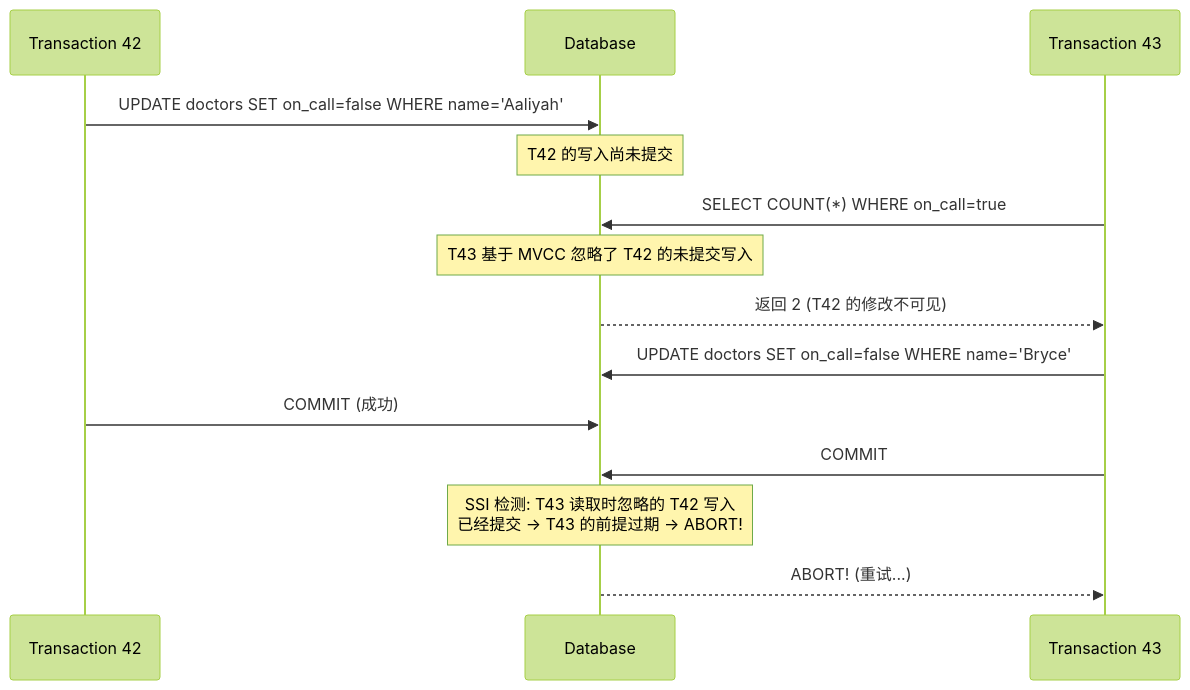
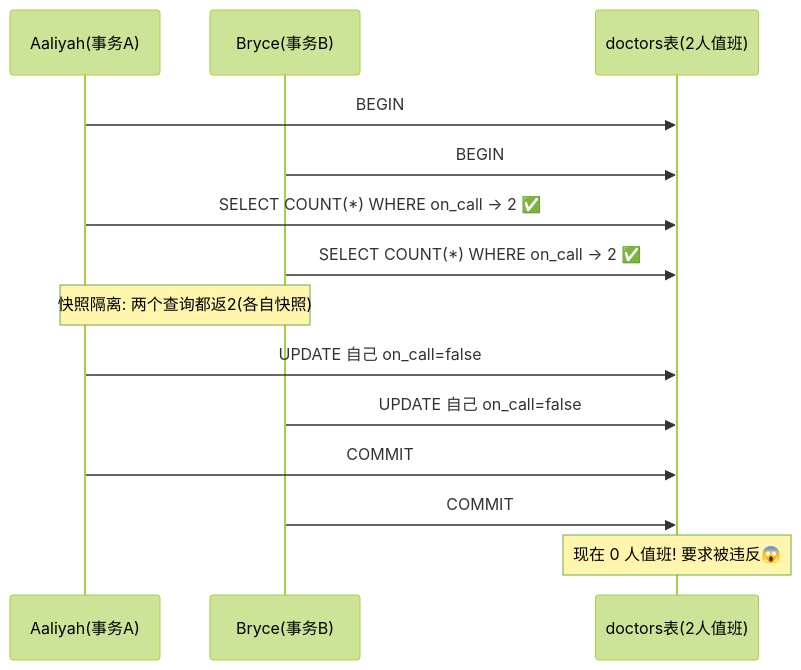
One commit to socoo123/ddia_2nd changed diagram 15 of 40 in ch08-事务.md. Above: the diagram before and after it, drawn with Mermaid (forest theme). The commit also changed other lines of this file and 8 other files, not shown here.

First line of the commit message:
重写 ch01-ch09 读书笔记：风格统一 + 内容扩充 + 大量图表

````diff
--- a/ch08-事务.md
+++ b/ch08-事务.md
@@ -869,20 +580,16 @@
 ```mermaid
 sequenceDiagram
-    participant T42 as Transaction 42
-    participant DB as Database
-    participant T43 as Transaction 43
-
-    T42->>DB: UPDATE doctors SET on_call=false WHERE name='Aaliyah'
-    Note over DB: T42 的写入尚未提交
-
-    T43->>DB: SELECT COUNT(*) WHERE on_call=true
-    Note over DB: T43 基于 MVCC 忽略了 T42 的未提交写入
-    DB-->>T43: 返回 2 (T42 的修改不可见)
-
-    T43->>DB: UPDATE doctors SET on_call=false WHERE name='Bryce'
-    T42->>DB: COMMIT (成功)
-
-    T43->>DB: COMMIT
-    Note over DB: SSI 检测: T43 读取时忽略的 T42 写入<br/>已经提交 → T43 的前提过期 → ABORT!
-    DB-->>T43: ABORT! (重试...)
+    participant A as Aaliyah(事务A)
+    participant B as Bryce(事务B)
+    participant DB as doctors表(2人值班)
+    A->>DB: BEGIN
+    B->>DB: BEGIN
+    A->>DB: SELECT COUNT(*) WHERE on_call → 2 ✅
+    B->>DB: SELECT COUNT(*) WHERE on_call → 2 ✅
+    Note over A,B: 快照隔离: 两个查询都返2(各自快照)
+    A->>DB: UPDATE 自己 on_call=false
+    B->>DB: UPDATE 自己 on_call=false
+    A->>DB: COMMIT
+    B->>DB: COMMIT
+    Note over DB: 现在 0 人值班! 要求被违反😱
 ```
````
